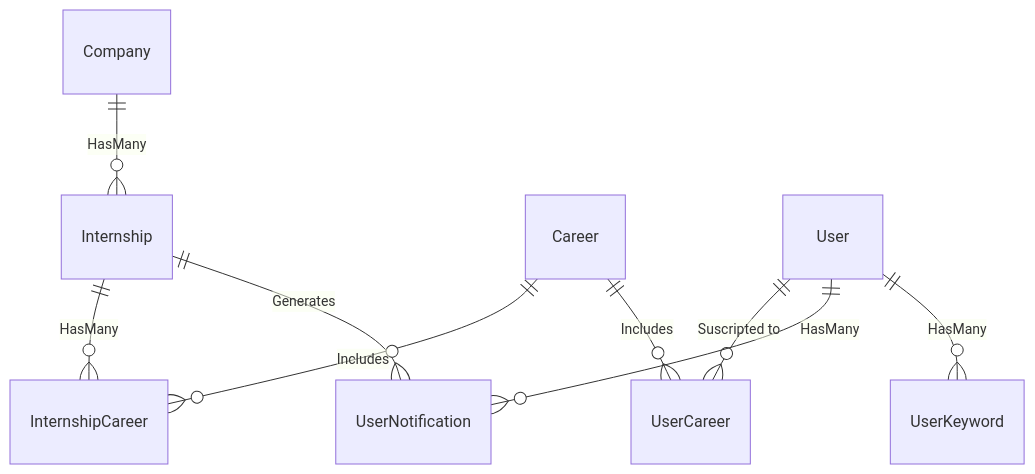
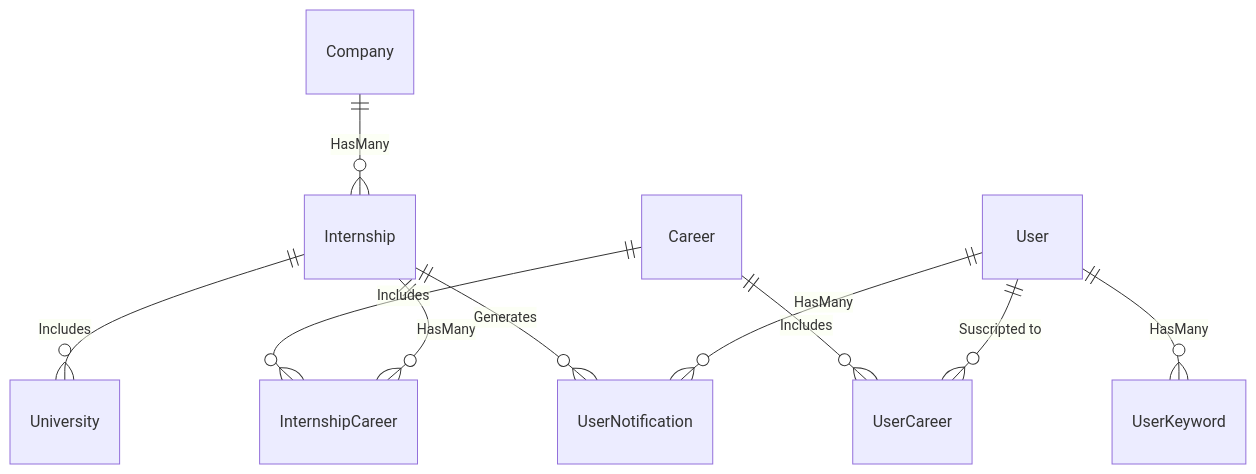
One commit to agustinmusumeci/utn-interships-rep changed the diagram in docs/architecture/database.md. Above: the diagram before and after it, drawn with Mermaid. The commit also changed other lines of this file and 5 other files, not shown here.

````diff
--- a/docs/architecture/database.md
+++ b/docs/architecture/database.md
@@ -1,11 +1,12 @@
 ```mermaid
 erDiagram
   Company ||--o{ Internship : "HasMany"
   Internship ||--o{ InternshipCareer : "HasMany"
+  Internship ||--o{ University : "Includes"
   Career ||--o{ InternshipCareer : "Includes"
   User ||--o{ UserCareer : "Suscripted to"
   Career ||--o{ UserCareer : "Includes"
   User ||--o{ UserNotification : "HasMany"
   User ||--o{ UserKeyword : "HasMany"
   Internship ||--o{ UserNotification : "Generates"
 ```
````
